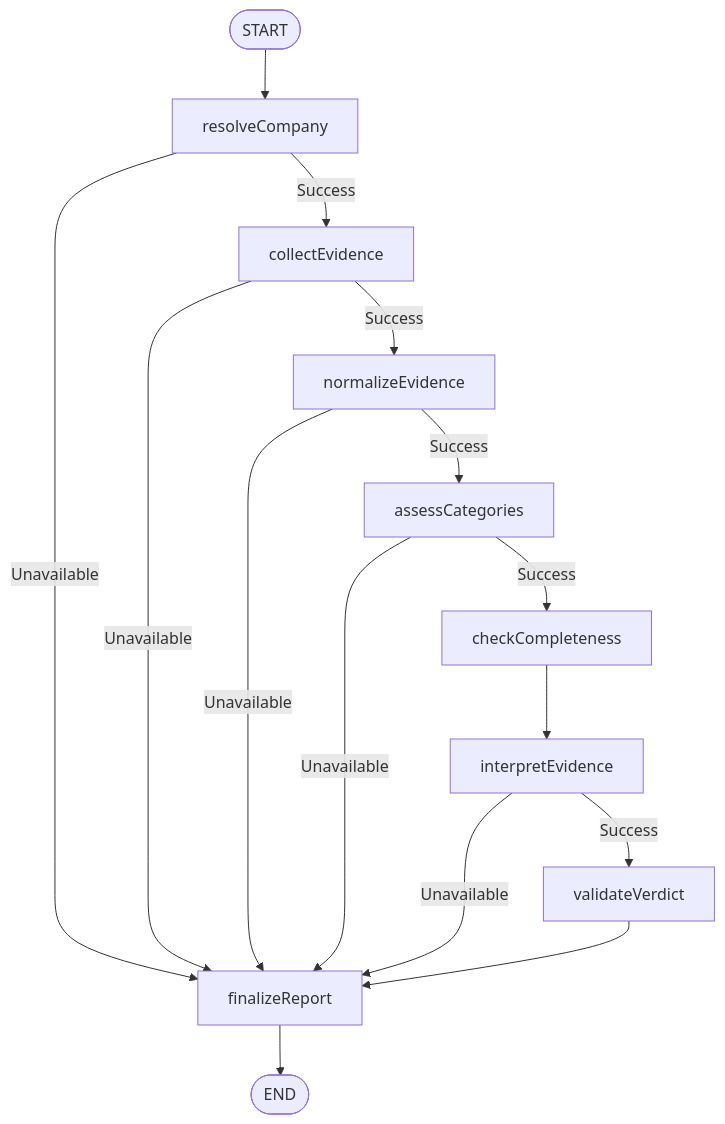
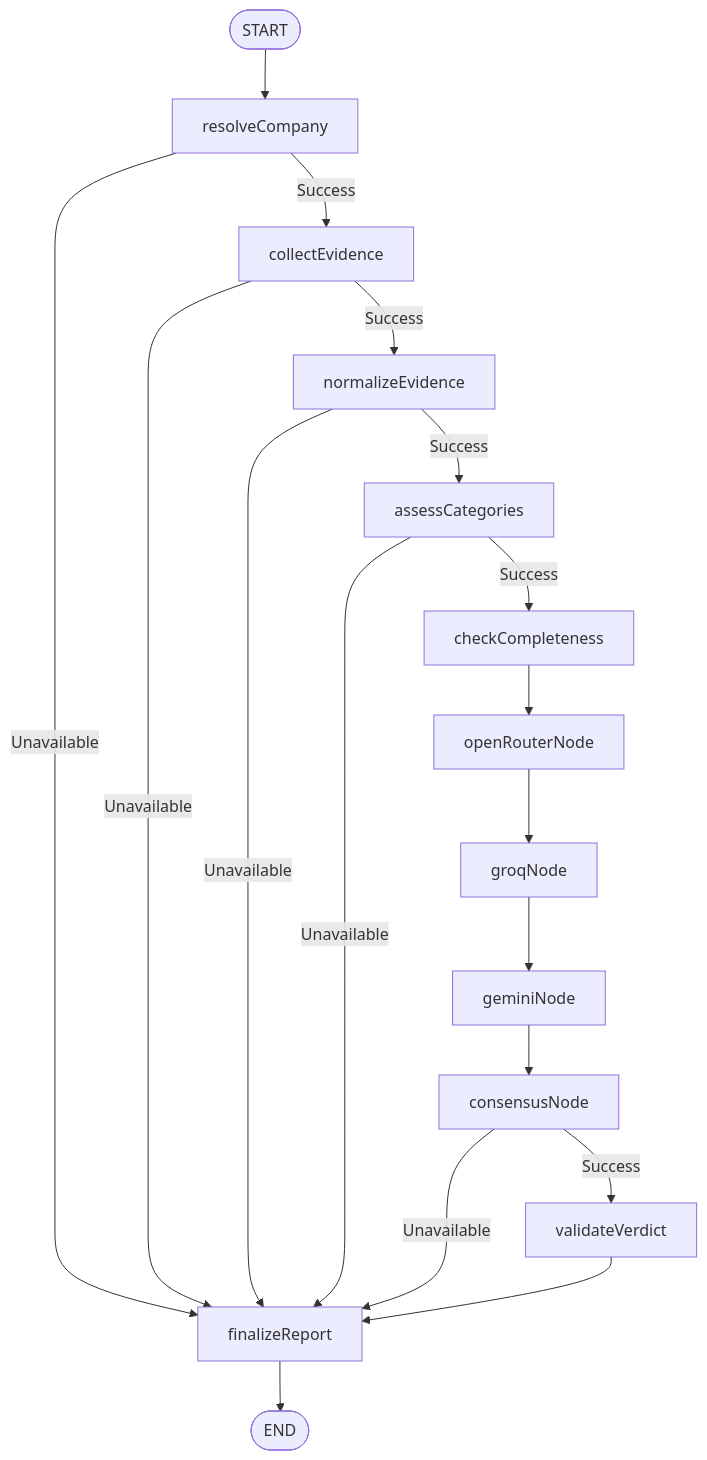
The diagram in README.md (rohan-005/ledger_nine), drawn with Mermaid before and after one commit. The commit also changed other lines of this file and 10 other files, not shown here.

````diff
--- a/README.md
+++ b/README.md
@@ -99,25 +104,28 @@
 ```mermaid
 flowchart TD
     START([START]) --> Resolve[resolveCompany]
     
     Resolve -->|Unavailable| Finalize[finalizeReport]
     Resolve -->|Success| Collect[collectEvidence]
     
     Collect -->|Unavailable| Finalize
     Collect -->|Success| Normalize[normalizeEvidence]
     
     Normalize -->|Unavailable| Finalize
     Normalize -->|Success| Assess[assessCategories]
     
     Assess -->|Unavailable| Finalize
     Assess -->|Success| Completeness[checkCompleteness]
     
-    Completeness --> Interpret[interpretEvidence]
+    Completeness --> OpenRouter[openRouterNode]
+    OpenRouter --> Groq[groqNode]
+    Groq --> Gemini[geminiNode]
+    Gemini --> Consensus[consensusNode]
     
-    Interpret -->|Unavailable| Finalize
-    Interpret -->|Success| Validate[validateVerdict]
+    Consensus -->|Unavailable| Finalize
+    Consensus -->|Success| Validate[validateVerdict]
     
     Validate --> Finalize
     
     Finalize --> END([END])
 ```
````
